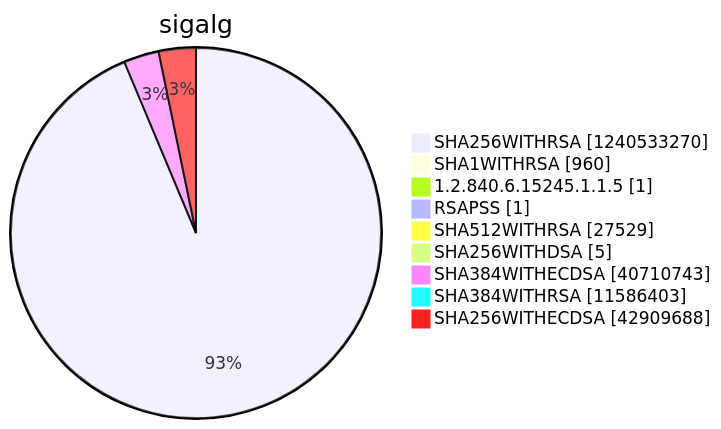
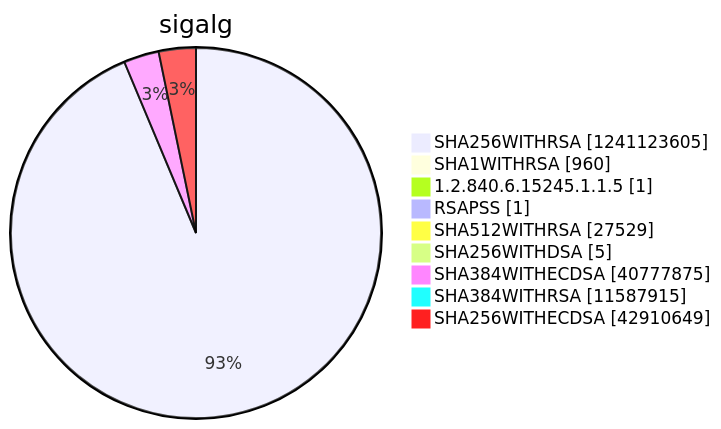
Diagram 15 of 15 in argon2022/README.md (christiankrug/ctmonitor_visualization), drawn with Mermaid before and after one commit. The commit also changed other lines of this file, not shown here.

````diff
--- a/argon2022/README.md
+++ b/argon2022/README.md
@@ -5522,13 +5522,13 @@
 ```mermaid
 pie showData
 title sigalg
-"SHA256WITHRSA" :1240533270
+"SHA256WITHRSA" :1241123605
 "SHA1WITHRSA" :960
 "1.2.840.6.15245.1.1.5" :1
 "RSAPSS" :1
 "SHA512WITHRSA" :27529
 "SHA256WITHDSA" :5
-"SHA384WITHECDSA" :40710743
-"SHA384WITHRSA" :11586403
-"SHA256WITHECDSA" :42909688
+"SHA384WITHECDSA" :40777875
+"SHA384WITHRSA" :11587915
+"SHA256WITHECDSA" :42910649
 ```
````
